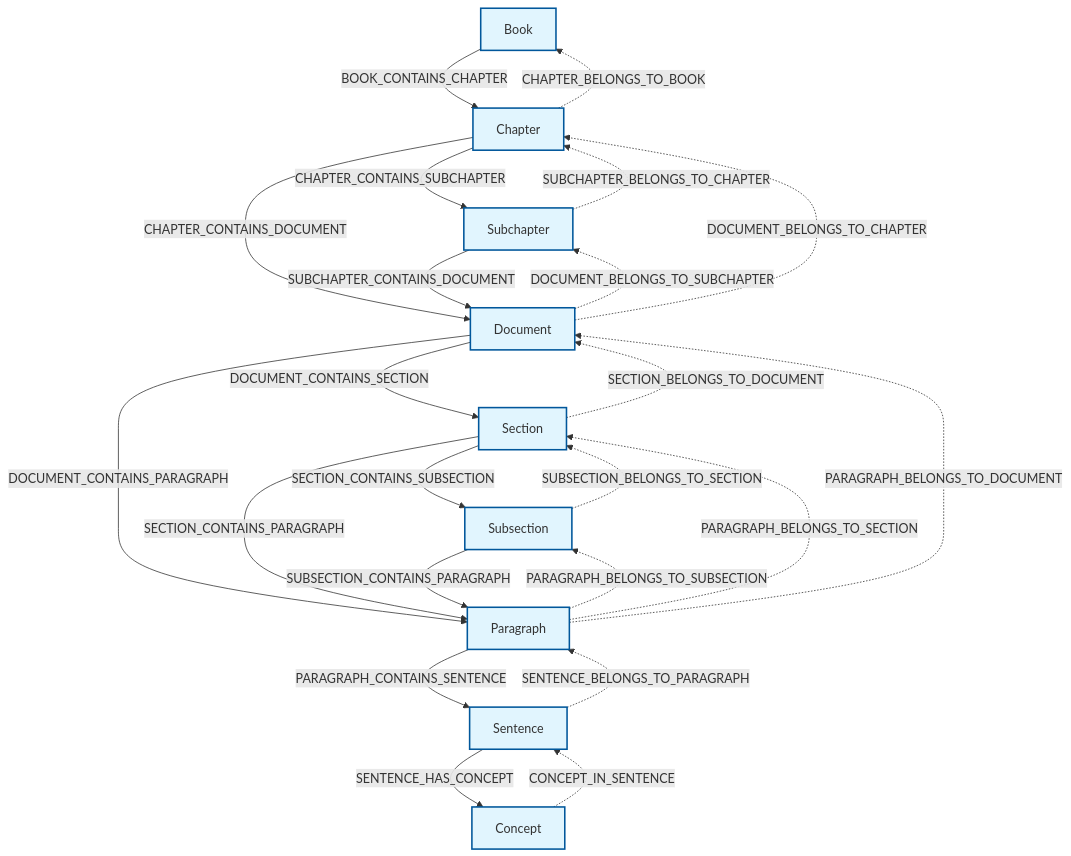
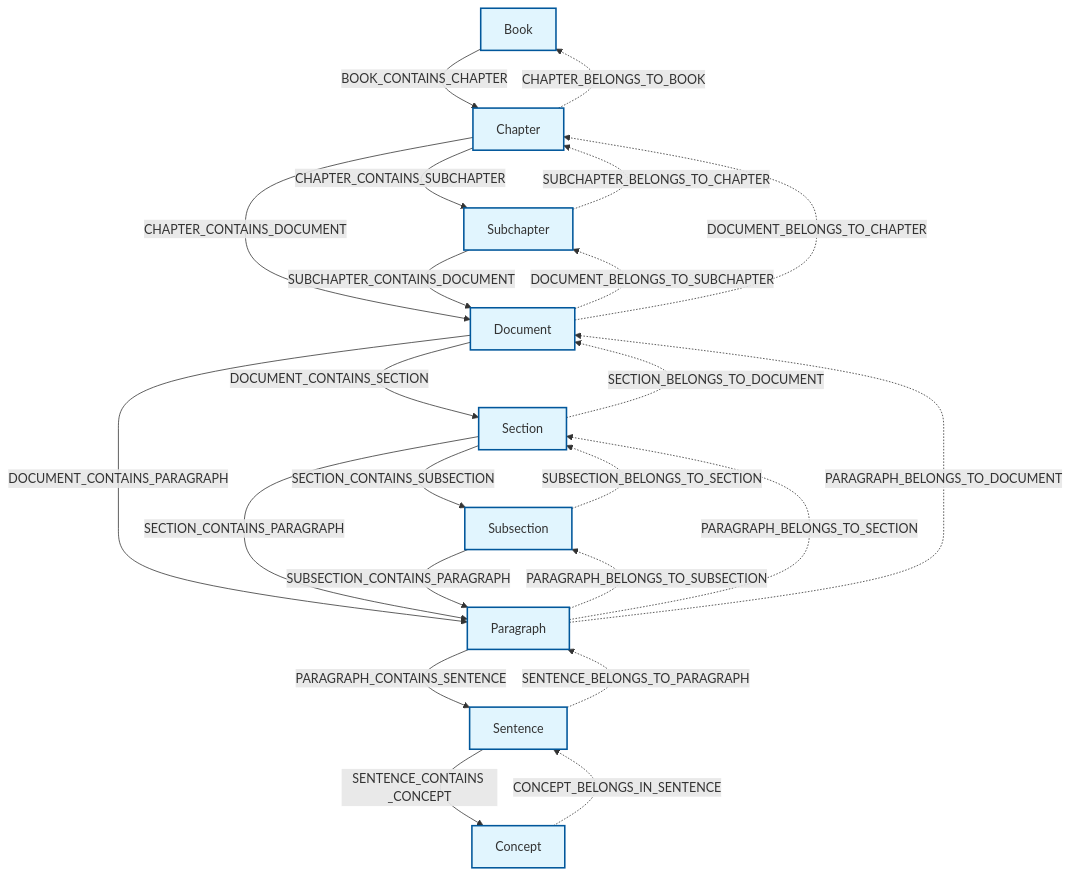
One commit to PedegreeStudios/bee-graph changed the diagram in README.md. Above: the diagram before and after it, drawn with Mermaid. The commit also changed 14 other files, not shown here.

````diff
--- a/README.md
+++ b/README.md
@@ -133,44 +133,44 @@
 ```mermaid
 graph TD
     %% Node Types
     Book[Book]
     Chapter[Chapter]
     Subchapter[Subchapter]
     Document[Document]
     Section[Section]
     Subsection[Subsection]
     Paragraph[Paragraph]
     Sentence[Sentence]
     Concept[Concept]
 
     %% Top-Down CONTAINS Relationships
     Book -->|BOOK_CONTAINS_CHAPTER| Chapter
     Chapter -->|CHAPTER_CONTAINS_SUBCHAPTER| Subchapter
     Chapter -->|CHAPTER_CONTAINS_DOCUMENT| Document
     Subchapter -->|SUBCHAPTER_CONTAINS_DOCUMENT| Document
     Document -->|DOCUMENT_CONTAINS_SECTION| Section
     Document -->|DOCUMENT_CONTAINS_PARAGRAPH| Paragraph
     Section -->|SECTION_CONTAINS_SUBSECTION| Subsection
     Section -->|SECTION_CONTAINS_PARAGRAPH| Paragraph
     Subsection -->|SUBSECTION_CONTAINS_PARAGRAPH| Paragraph
     Paragraph -->|PARAGRAPH_CONTAINS_SENTENCE| Sentence
-    Sentence -->|SENTENCE_HAS_CONCEPT| Concept
+    Sentence -->|SENTENCE_CONTAINS _CONCEPT| Concept
 
     %% Bottom-Up BELONGS_TO Relationships
-    Concept -.->|CONCEPT_IN_SENTENCE| Sentence
+    Concept -.->|CONCEPT_BELONGS_IN_SENTENCE| Sentence
     Sentence -.->|SENTENCE_BELONGS_TO_PARAGRAPH| Paragraph
     Paragraph -.->|PARAGRAPH_BELONGS_TO_SUBSECTION| Subsection
     Paragraph -.->|PARAGRAPH_BELONGS_TO_SECTION| Section
     Paragraph -.->|PARAGRAPH_BELONGS_TO_DOCUMENT| Document
     Subsection -.->|SUBSECTION_BELONGS_TO_SECTION| Section
     Section -.->|SECTION_BELONGS_TO_DOCUMENT| Document
     Document -.->|DOCUMENT_BELONGS_TO_SUBCHAPTER| Subchapter
     Document -.->|DOCUMENT_BELONGS_TO_CHAPTER| Chapter
     Subchapter -.->|SUBCHAPTER_BELONGS_TO_CHAPTER| Chapter
     Chapter -.->|CHAPTER_BELONGS_TO_BOOK| Book
 
     %% Styling
     classDef nodeType fill:#e1f5fe,stroke:#01579b,stroke-width:2px
 
     class Book,Chapter,Subchapter,Document,Section,Subsection,Paragraph,Sentence,Concept nodeType
 ```
````
